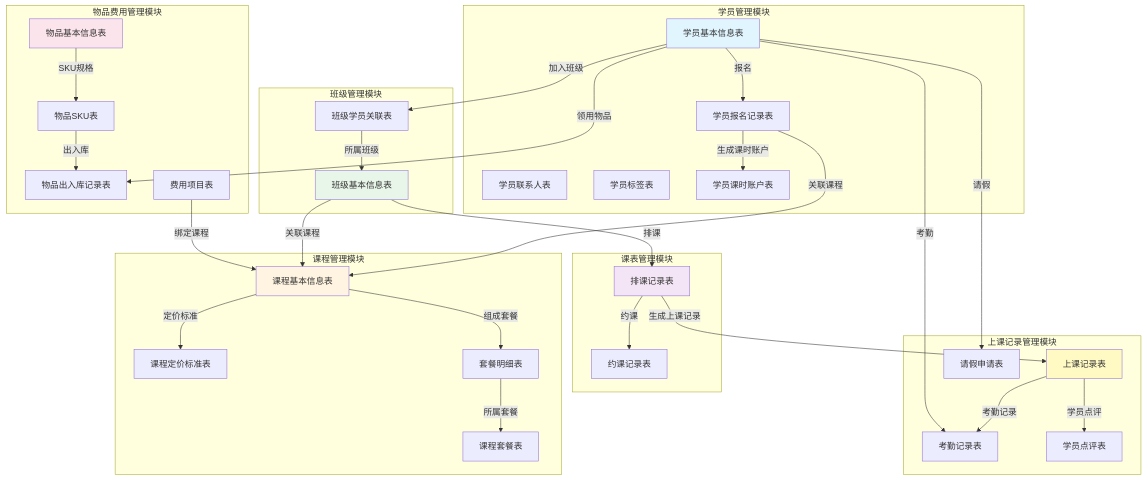
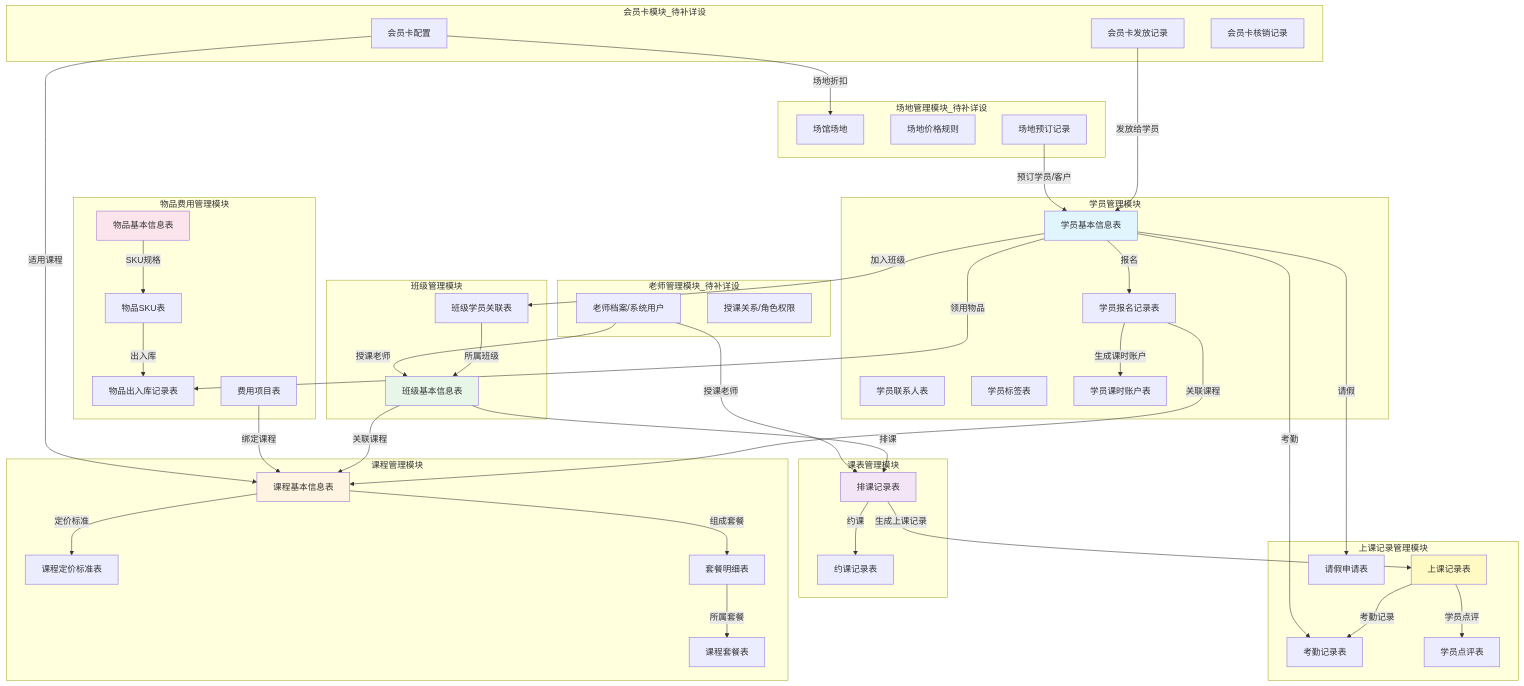
Before and after one commit to HDZ6666/teacher_help: the diagram in doc/数据库设计/00-助教模块数据库设计总览.md, drawn with Mermaid. The commit also changed other lines of this file and 18 other files, not shown here.

```diff
--- a/doc/数据库设计/00-助教模块数据库设计总览.md
+++ b/doc/数据库设计/00-助教模块数据库设计总览.md
@@ -84,6 +92,23 @@
         F3[学员点评表]
         F4[请假申请表]
     end
+
+    subgraph 老师管理模块_待补详设
+        G1[老师档案/系统用户]
+        G2[授课关系/角色权限]
+    end
+
+    subgraph 会员卡模块_待补详设
+        H1[会员卡配置]
+        H2[会员卡发放记录]
+        H3[会员卡核销记录]
+    end
+
+    subgraph 场地管理模块_待补详设
+        I1[场馆场地]
+        I2[场地价格规则]
+        I3[场地预订记录]
+    end
     
     %% 学员与课程的关联
     A1 -->|报名| A4
@@ -120,6 +145,14 @@
     
     %% 费用与课程的关联
     D4 -->|绑定课程| B1
+
+    %% 老师、会员卡、场地扩展模块
+    G1 -->|授课老师| C1
+    G1 -->|授课老师| E1
+    H1 -->|适用课程| B1
+    H2 -->|发放给学员| A1
+    H1 -->|场地折扣| I1
+    I3 -->|预订学员/客户| A1
     
     style A1 fill:#e1f5ff
     style B1 fill:#fff4e1
```
